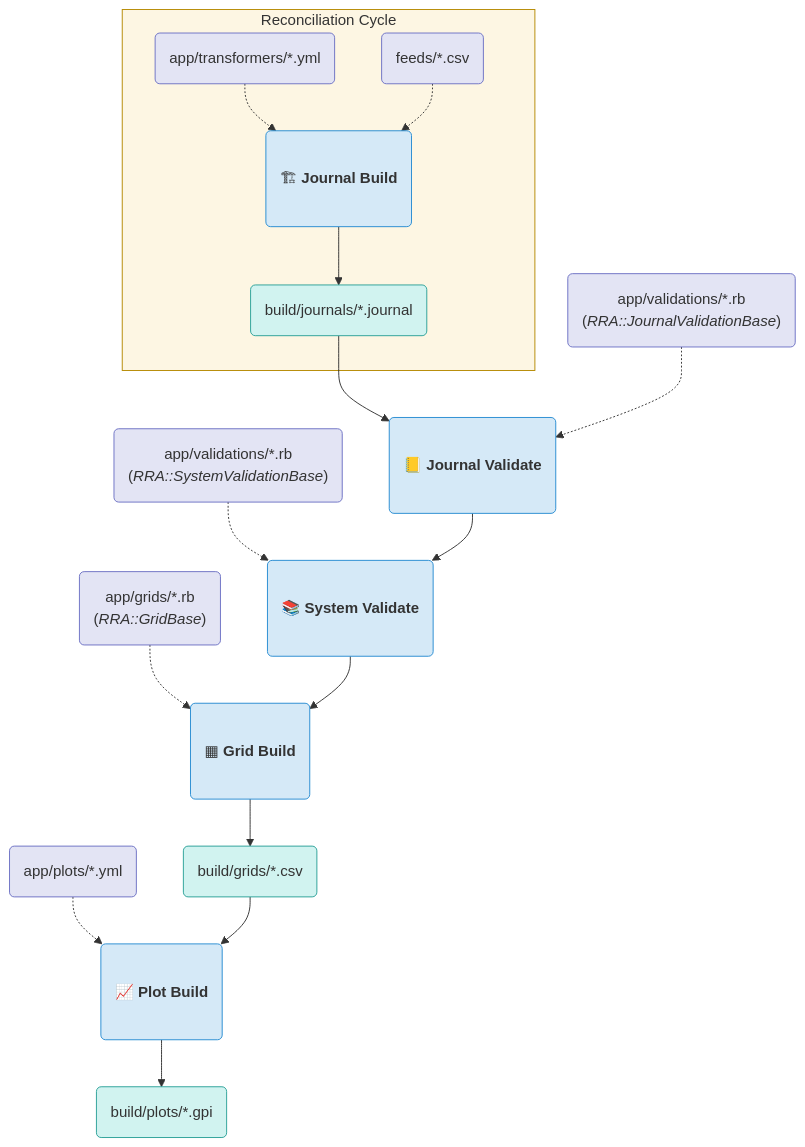
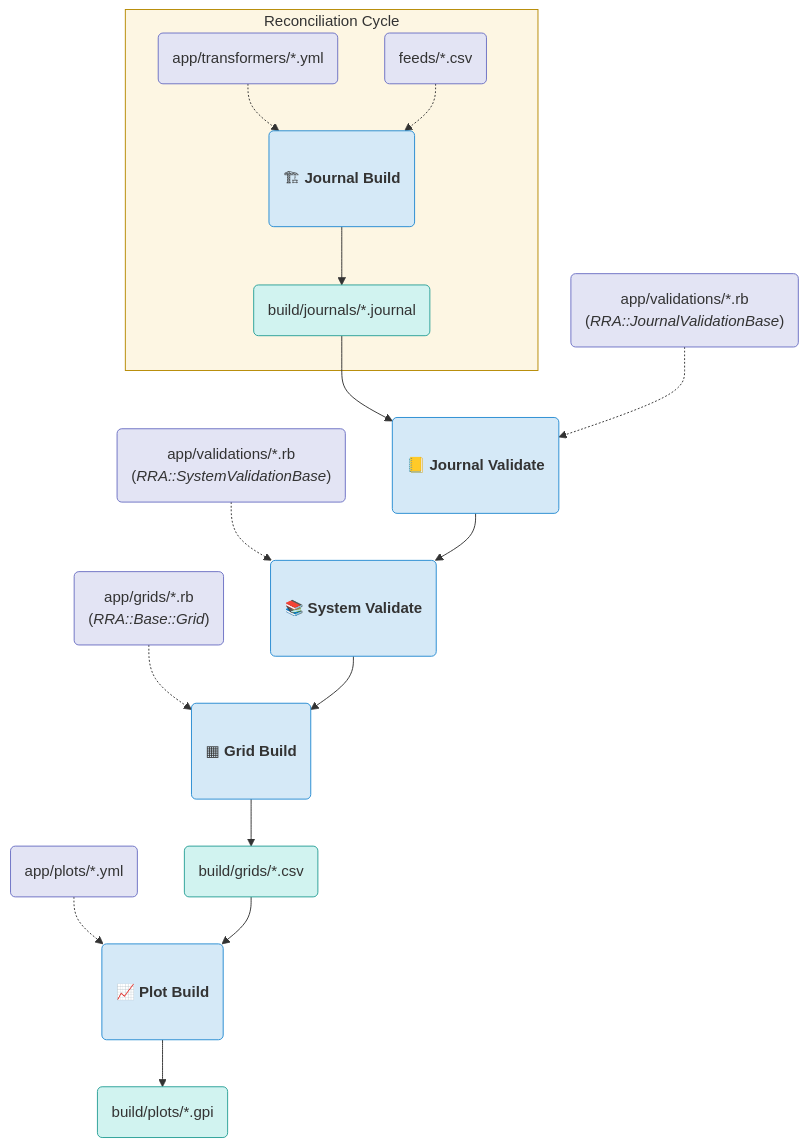
The diagram in README.md (brighton36/rvgp), drawn with Mermaid before and after one commit. The commit also changed 34 other files, not shown here.

````diff
--- a/README.md
+++ b/README.md
@@ -152,38 +152,38 @@
 ```mermaid
   graph TD;
     subgraph Reconciliation[Reconciliation Cycle]
       Transformers("app/transformers/*.yml").->JournalBuild("<br>🏗 <b>Journal Build</b><br><br>");
       Feeds("feeds/*.csv").->JournalBuild;
       JournalBuild-->JournalOutput("build/journals/*.journal");
     end
     JournalOutput-->JValidations;
     JValidationInput("app/validations/*.rb<br>(<i>RRA::JournalValidationBase</i>)").->JValidations;
     JValidations("<br>📒 <b>Journal Validate</b><br><br>");
     SValidationInput("app/validations/*.rb<br>(<i>RRA::SystemValidationBase</i>)").->SValidations;
     JValidations-->SValidations("<br>📚 <b>System Validate</b><br><br>");
-    GridInput("app/grids/*.rb<br>(<i>RRA::GridBase</i>)").->GridBuild("<br>▦ <b>Grid Build</b><br><br>");
+    GridInput("app/grids/*.rb<br>(<i>RRA::Base::Grid</i>)").->GridBuild("<br>▦ <b>Grid Build</b><br><br>");
     SValidations-->GridBuild;
     GridBuild-->GridOutput("build/grids/*.csv");
     PlotInput("app/plots/*.yml").->PlotBuild("<br>📈 <b>Plot Build</b><br><br>");
     GridOutput-->PlotBuild;
     PlotBuild-->PlotOutput("build/plots/*.gpi");
     
     style Reconciliation fill:#fdf6e3,stroke:#b58900;
 
     style Transformers fill:#e3e4f4,stroke:#6c71c4;
     style Feeds fill:#e3e4f4,stroke:#6c71c4;
     style JValidationInput fill:#e3e4f4,stroke:#6c71c4;
     style SValidationInput fill:#e3e4f4,stroke:#6c71c4;
     style GridInput fill:#e3e4f4,stroke:#6c71c4;
     style PlotInput fill:#e3e4f4,stroke:#6c71c4;
     
     style JournalOutput fill:#d1f3f0,stroke:#2aa198;
     style GridOutput fill:#d1f3f0,stroke:#2aa198;
     style PlotOutput fill:#d1f3f0,stroke:#2aa198;
 
     style JournalBuild fill:#d5e9f7,stroke:#268bd2;
     style JValidations fill:#d5e9f7,stroke:#268bd2;
     style SValidations fill:#d5e9f7,stroke:#268bd2;
     style GridBuild fill:#d5e9f7,stroke:#268bd2;
     style PlotBuild fill:#d5e9f7,stroke:#268bd2;
 ```
````
